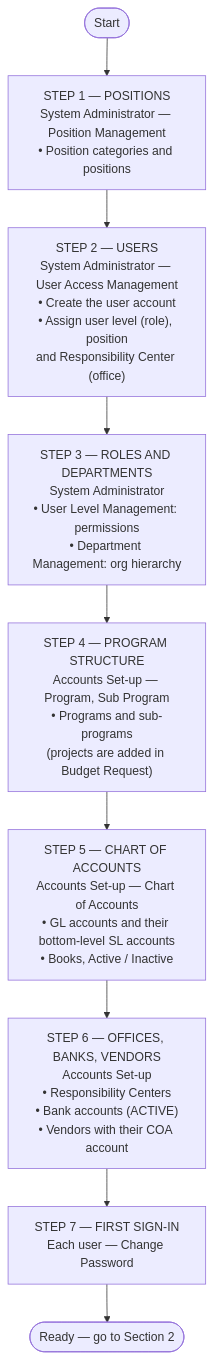
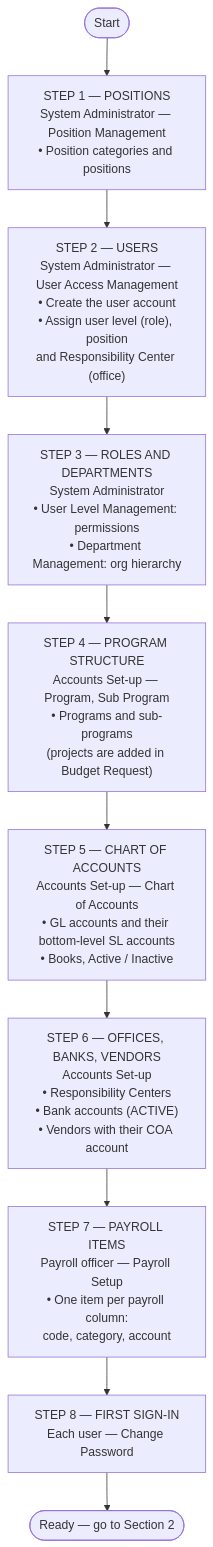
The second of 13 diagrams in system_docs/process-flow/PROCESS-FLOW.md (A-team-ITBS/fims-nha), drawn with Mermaid before and after one commit. The commit also changed other lines of this file and 9 other files, not shown here.

First line of the commit message:
feat: Add Payroll Setup and Management features

````diff
--- a/system_docs/process-flow/PROCESS-FLOW.md
+++ b/system_docs/process-flow/PROCESS-FLOW.md
@@ -101,11 +106,12 @@
 ```mermaid
 flowchart TD
     START(["Start"]) --> S1["STEP 1 — POSITIONS<br/>System Administrator — Position Management<br/>• Position categories and positions"]
     S1 --> S2["STEP 2 — USERS<br/>System Administrator — User Access Management<br/>• Create the user account<br/>• Assign user level (role), position<br/>and Responsibility Center (office)"]
     S2 --> S3["STEP 3 — ROLES AND DEPARTMENTS<br/>System Administrator<br/>• User Level Management: permissions<br/>• Department Management: org hierarchy"]
     S3 --> S4["STEP 4 — PROGRAM STRUCTURE<br/>Accounts Set-up — Program, Sub Program<br/>• Programs and sub-programs<br/>(projects are added in Budget Request)"]
     S4 --> S5["STEP 5 — CHART OF ACCOUNTS<br/>Accounts Set-up — Chart of Accounts<br/>• GL accounts and their bottom-level SL accounts<br/>• Books, Active / Inactive"]
     S5 --> S6["STEP 6 — OFFICES, BANKS, VENDORS<br/>Accounts Set-up<br/>• Responsibility Centers<br/>• Bank accounts (ACTIVE)<br/>• Vendors with their COA account"]
-    S6 --> S7["STEP 7 — FIRST SIGN-IN<br/>Each user — Change Password"]
+    S6 --> SP["STEP 7 — PAYROLL ITEMS<br/>Payroll officer — Payroll Setup<br/>• One item per payroll column:<br/>code, category, account"]
+    SP --> S7["STEP 8 — FIRST SIGN-IN<br/>Each user — Change Password"]
     S7 --> END(["Ready — go to Section 2"])
 ```
````
